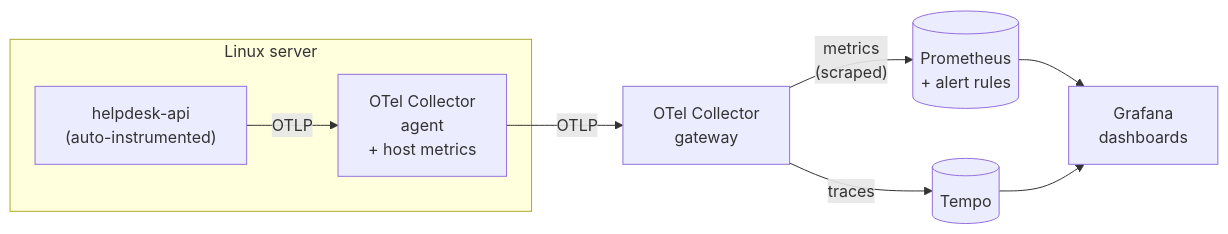
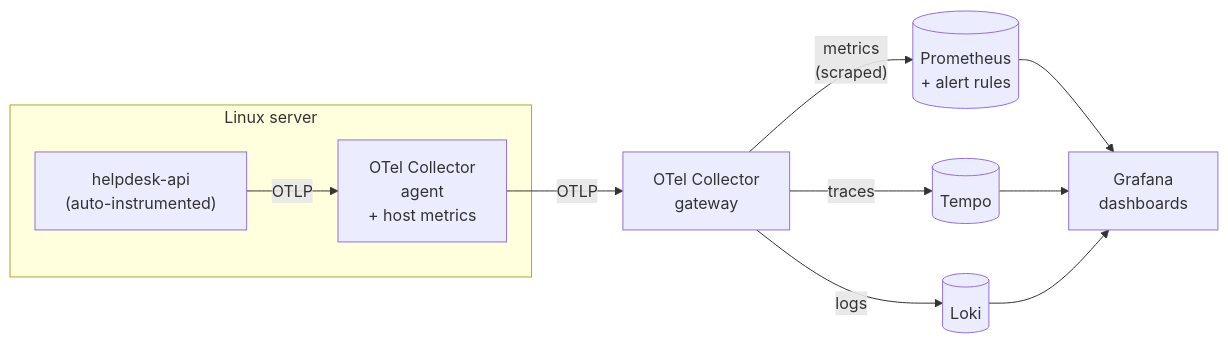
One commit to Zuzz001zu/helpdesk-observability changed the diagram in README.md. Above: the diagram before and after it, drawn with Mermaid. The commit also changed other lines of this file and 11 other files, not shown here.

Commit message:
Add logs: OTLP to Loki, linked to traces

````diff
--- a/README.md
+++ b/README.md
@@ -17,13 +17,15 @@
 ```mermaid
 flowchart LR
     subgraph server["Linux server"]
         app["helpdesk-api<br/>(auto-instrumented)"]
         agent["OTel Collector<br/>agent<br/>+ host metrics"]
         app -- "OTLP" --> agent
     end
     agent -- "OTLP" --> gateway["OTel Collector<br/>gateway"]
     gateway -- "metrics<br/>(scraped)" --> prometheus[(Prometheus<br/>+ alert rules)]
     gateway -- "traces" --> tempo[(Tempo)]
+    gateway -- "logs" --> loki[(Loki)]
     prometheus --> grafana["Grafana<br/>dashboards"]
     tempo --> grafana
+    loki --> grafana
 ```
````
